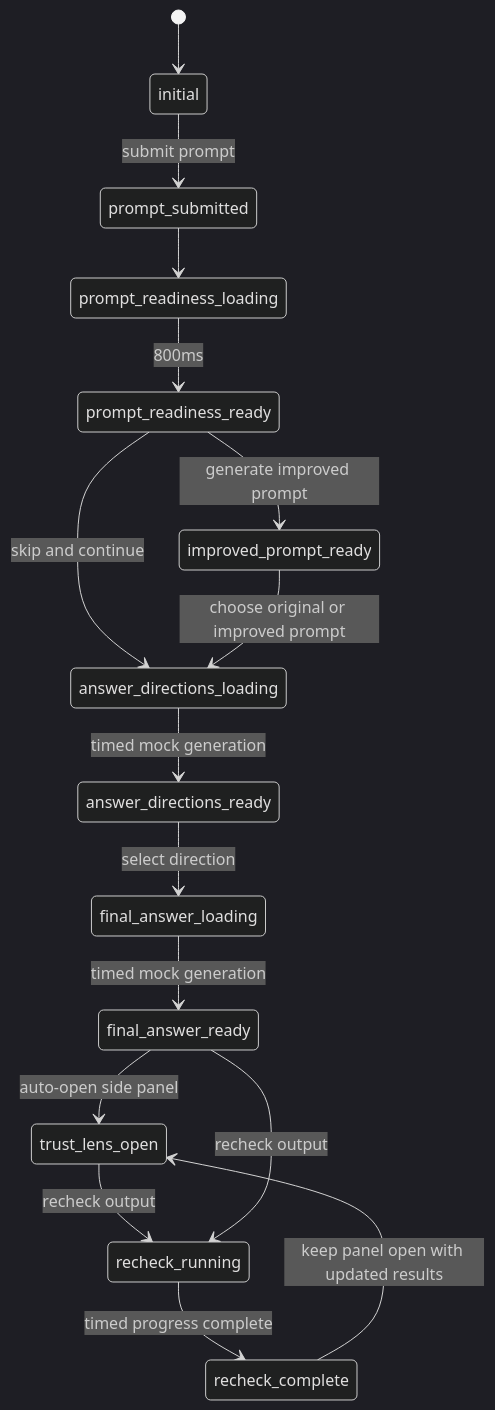
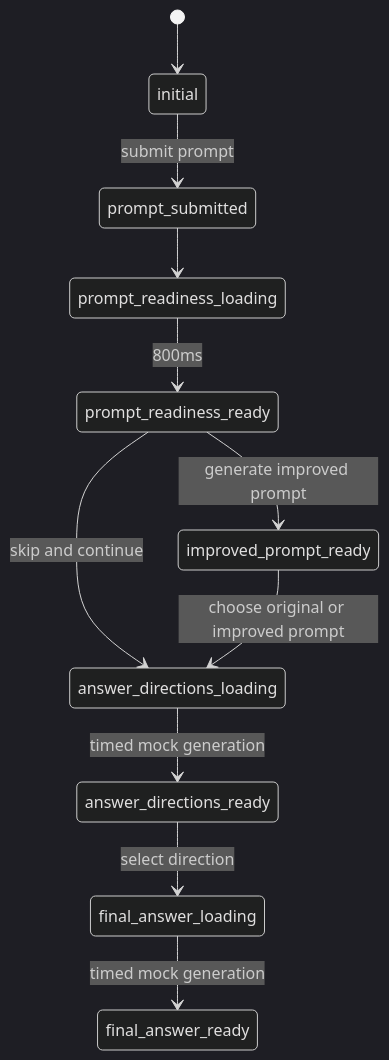
One commit to gptshivam595/ChatGPT_Trust_Lens changed the first of 2 diagrams in ARCHITECTURE.md. Above: the diagram before and after it, drawn with Mermaid (dark theme). The commit also changed other lines of this file and 177 other files, not shown here.

Commit message:
Implement Trust Lens full-stack prototype

````diff
--- a/ARCHITECTURE.md
+++ b/ARCHITECTURE.md
@@ -105,18 +117,13 @@
 ```mermaid
 stateDiagram-v2
     [*] --> initial
     initial --> prompt_submitted: submit prompt
     prompt_submitted --> prompt_readiness_loading
     prompt_readiness_loading --> prompt_readiness_ready: 800ms
     prompt_readiness_ready --> improved_prompt_ready: generate improved prompt
     prompt_readiness_ready --> answer_directions_loading: skip and continue
     improved_prompt_ready --> answer_directions_loading: choose original or improved prompt
     answer_directions_loading --> answer_directions_ready: timed mock generation
     answer_directions_ready --> final_answer_loading: select direction
     final_answer_loading --> final_answer_ready: timed mock generation
-    final_answer_ready --> trust_lens_open: auto-open side panel
-    trust_lens_open --> recheck_running: recheck output
-    final_answer_ready --> recheck_running: recheck output
-    recheck_running --> recheck_complete: timed progress complete
-    recheck_complete --> trust_lens_open: keep panel open with updated results
 ```
````
